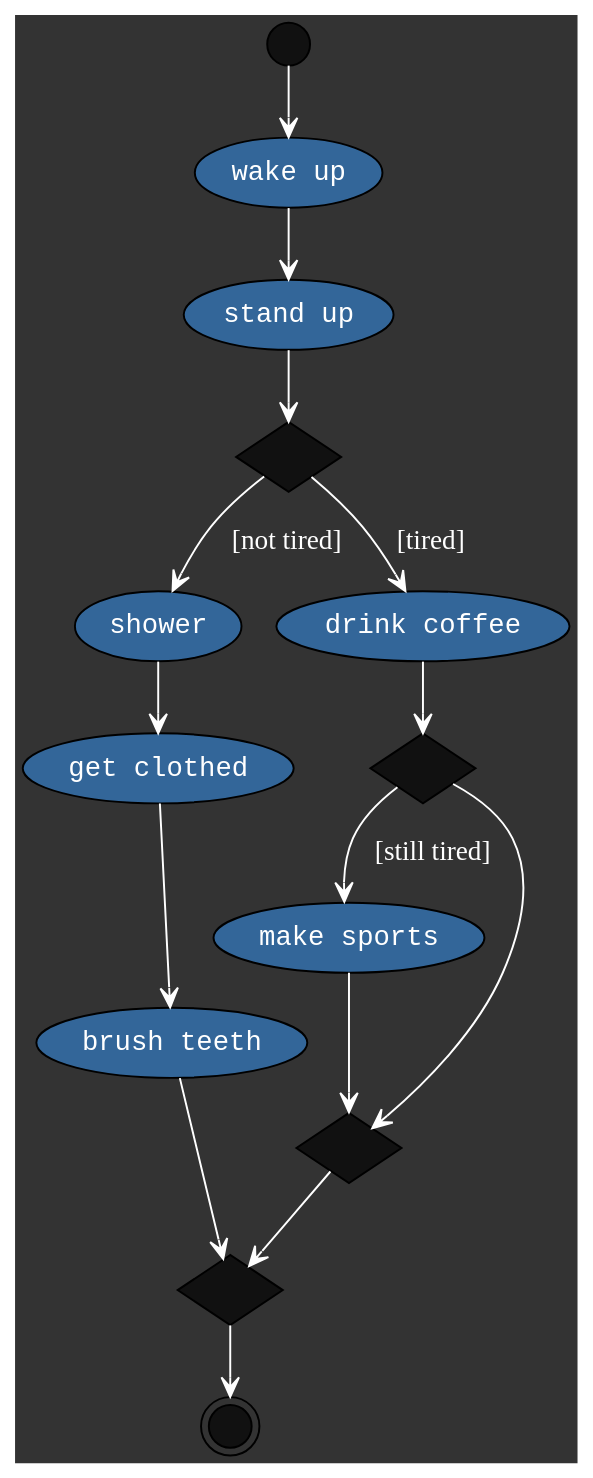
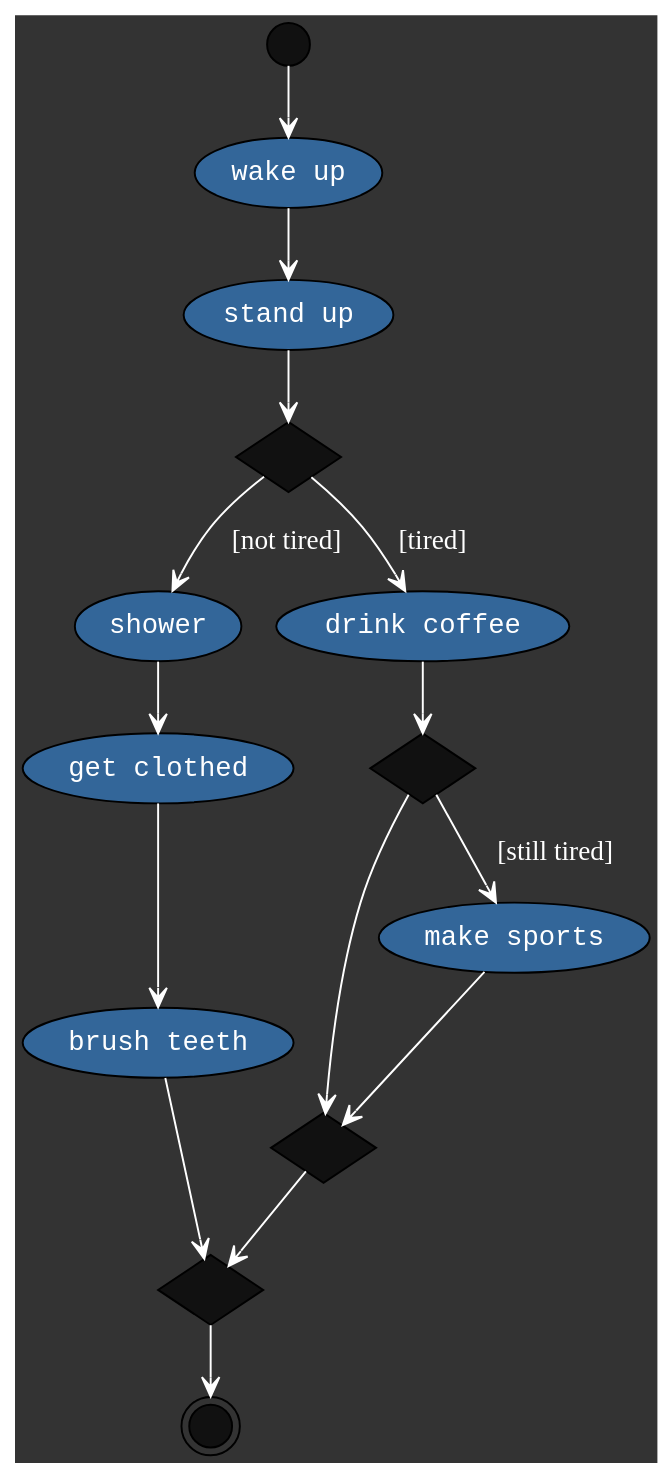
One commit to windler/AwesM changed the diagram in examples/simple_test.png.dot. Above: the diagram before and after it, drawn with Graphviz. The commit also changed 8 other files, not shown here.

```diff
--- a/examples/simple_test.png.dot
+++ b/examples/simple_test.png.dot
@@ -1,32 +1,32 @@
 digraph  {
 graph [bgcolor="#333333"]
 node [fontcolor="white" fontname="Courier" shape="oval" fillcolor="#336699" style="filled"]
-edge [arrowhead="open" color="white" fontcolor="white" splines="curved"]
-"#start"[label="" style="filled" fillcolor="#111111" height="0.3" shape="circle"]
+edge [color="white" fontcolor="white" splines="curved" arrowhead="open"]
+"wake up"
+"wake up"->"stand up"
+"cond_5577006791947779410"[shape="diamond" label="" fillcolor="#111111"]
+"cond_5577006791947779410"->"shower"[label=" [not tired]"]
+"cond_5577006791947779410"->"drink coffee"[label=" [tired]"]
+"drink coffee"
+"drink coffee"->"cond_4037200794235010051"
+"join_3916589616287113937"[label="" fillcolor="#111111" shape="diamond"]
+"join_3916589616287113937"->"join_8674665223082153551"
+"#end"[shape="doublecircle" label="" style="filled" fillcolor="#111111" height="0.3"]
+"make sports"
+"make sports"->"join_3916589616287113937"
+"join_8674665223082153551"[shape="diamond" label="" fillcolor="#111111"]
+"join_8674665223082153551"->"#end"
+"#start"[height="0.3" shape="circle" label="" style="filled" fillcolor="#111111"]
 "#start"->"wake up"
 "stand up"
 "stand up"->"cond_5577006791947779410"
 "shower"
 "shower"->"get clothed"
 "get clothed"
 "get clothed"->"brush teeth"
-"join_5577006791947779410"[shape="diamond" label="" fillcolor="#111111"]
-"join_5577006791947779410"->"#end"
-"#end"[fillcolor="#111111" height="0.3" shape="doublecircle" label="" style="filled"]
-"wake up"
-"wake up"->"stand up"
-"cond_5577006791947779410"[shape="diamond" label="" fillcolor="#111111"]
-"cond_5577006791947779410"->"shower"[label=" [not tired]"]
-"cond_5577006791947779410"->"drink coffee"[label=" [tired]"]
 "brush teeth"
-"brush teeth"->"join_5577006791947779410"
-"drink coffee"
-"drink coffee"->"cond_6129484611666145821"
-"cond_6129484611666145821"[shape="diamond" label="" fillcolor="#111111"]
-"cond_6129484611666145821"->"make sports"[label=" [still tired]"]
-"cond_6129484611666145821"->"join_6129484611666145821"
-"make sports"
-"make sports"->"join_6129484611666145821"
-"join_6129484611666145821"[fillcolor="#111111" shape="diamond" label=""]
-"join_6129484611666145821"->"join_5577006791947779410"
+"brush teeth"->"join_8674665223082153551"
+"cond_4037200794235010051"[label="" fillcolor="#111111" shape="diamond"]
+"cond_4037200794235010051"->"make sports"[label=" [still tired]"]
+"cond_4037200794235010051"->"join_3916589616287113937"
 }
```
